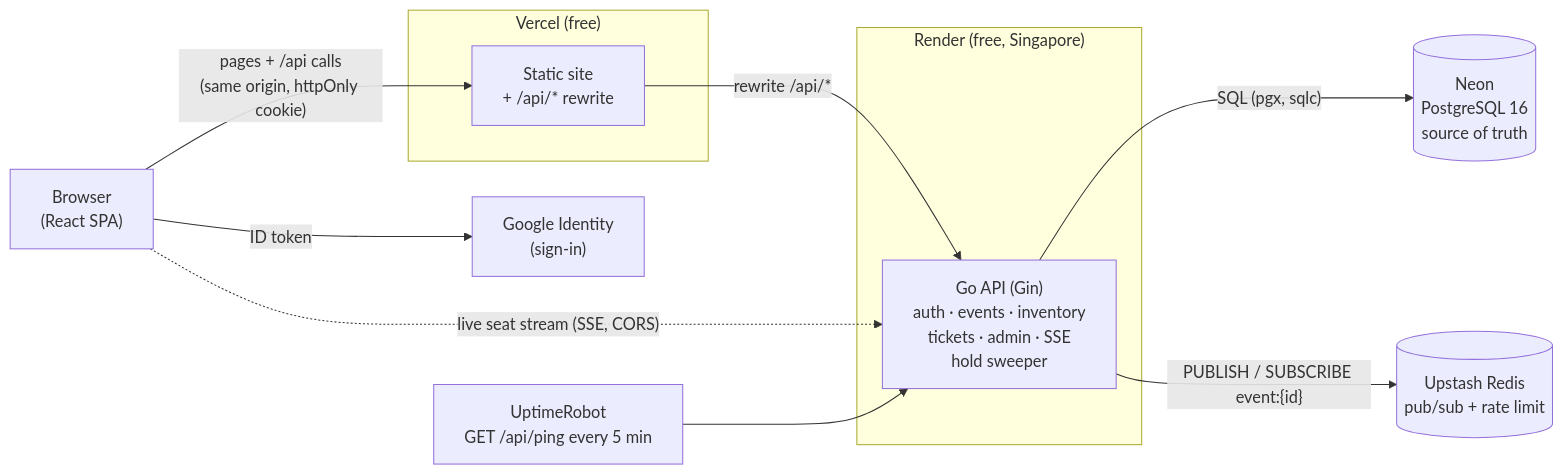
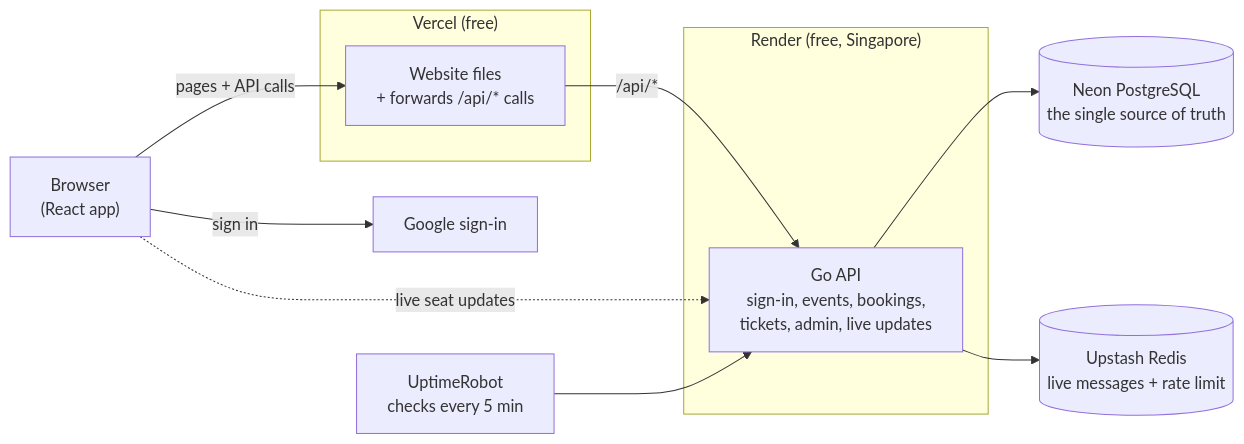
The first of 2 diagrams in README.md (Badri-2915/eventhub), drawn with Mermaid before and after one commit. The commit also changed other lines of this file, not shown here.

Commit message:
README: rewrite in plain, conversational language

````diff
--- a/README.md
+++ b/README.md
@@ -85,22 +144,22 @@
 ```mermaid
 flowchart LR
-    U["Browser<br/>(React SPA)"]
+    U["Browser<br/>(React app)"]
     subgraph Vercel["Vercel (free)"]
-      FE["Static site<br/>+ /api/* rewrite"]
+      FE["Website files<br/>+ forwards /api/* calls"]
     end
     subgraph Render["Render (free, Singapore)"]
-      API["Go API (Gin)<br/>auth · events · inventory<br/>tickets · admin · SSE<br/>hold sweeper"]
+      API["Go API<br/>sign-in, events, bookings,<br/>tickets, admin, live updates"]
     end
-    PG[("Neon<br/>PostgreSQL 16<br/>source of truth")]
-    RD[("Upstash Redis<br/>pub/sub + rate limit")]
-    G["Google Identity<br/>(sign-in)"]
-    UR["UptimeRobot<br/>GET /api/ping every 5 min"]
+    PG[("Neon PostgreSQL<br/>the single source of truth")]
+    RD[("Upstash Redis<br/>live messages + rate limit")]
+    G["Google sign-in"]
+    UR["UptimeRobot<br/>checks every 5 min"]
 
-    U -- "pages + /api calls<br/>(same origin, httpOnly cookie)" --> FE
-    FE -- "rewrite /api/*" --> API
-    U -. "live seat stream (SSE, CORS)" .-> API
-    U -- "ID token" --> G
-    API -- "SQL (pgx, sqlc)" --> PG
-    API -- "PUBLISH / SUBSCRIBE event:{id}" --> RD
+    U -- "pages + API calls" --> FE
+    FE -- "/api/*" --> API
+    U -. "live seat updates" .-> API
+    U -- "sign in" --> G
+    API --> PG
+    API --> RD
     UR --> API
 ```
````
